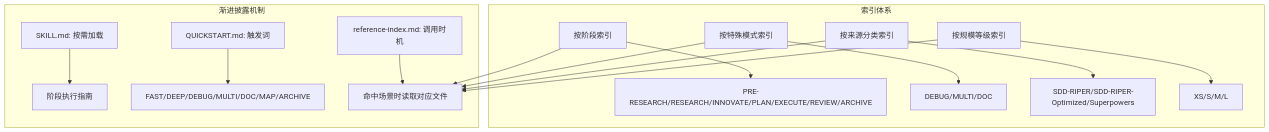
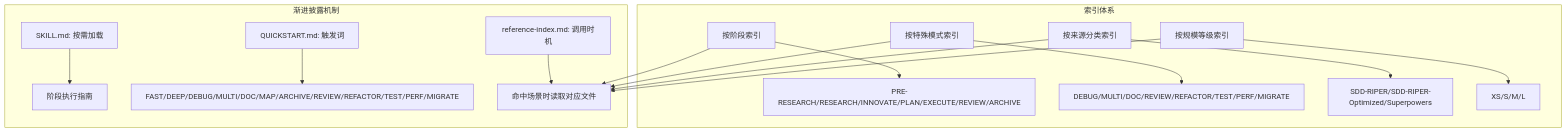
Before and after one commit to AngelWings1997/altas: the second of 6 diagrams in .qoder/repowiki/zh/content/参考资料索引.md, drawn with Mermaid. The commit also changed other lines of this file and 12 other files, not shown here.

````diff
--- a/.qoder/repowiki/zh/content/参考资料索引.md
+++ b/.qoder/repowiki/zh/content/参考资料索引.md
@@ -100,18 +111,18 @@
 ```mermaid
 graph TB
 subgraph "索引体系"
 A1["按阶段索引"] --> A2["PRE-RESEARCH/RESEARCH/INNOVATE/PLAN/EXECUTE/REVIEW/ARCHIVE"]
-A3["按特殊模式索引"] --> A4["DEBUG/MULTI/DOC"]
+A3["按特殊模式索引"] --> A4["DEBUG/MULTI/DOC/REVIEW/REFACTOR/TEST/PERF/MIGRATE"]
 A5["按来源分类索引"] --> A6["SDD-RIPER/SDD-RIPER-Optimized/Superpowers"]
 A7["按规模等级索引"] --> A8["XS/S/M/L"]
 end
 subgraph "渐进披露机制"
 B1["SKILL.md: 按需加载"] --> B2["阶段执行指南"]
-B3["QUICKSTART.md: 触发词"] --> B4["FAST/DEEP/DEBUG/MULTI/DOC/MAP/ARCHIVE"]
+B3["QUICKSTART.md: 触发词"] --> B4["FAST/DEEP/DEBUG/MULTI/DOC/MAP/ARCHIVE/REVIEW/REFACTOR/TEST/PERF/MIGRATE"]
 B5["reference-index.md: 调用时机"] --> B6["命中场景时读取对应文件"]
 end
 A1 --> B6
 A3 --> B6
 A5 --> B6
 A7 --> B6
 ```
````
